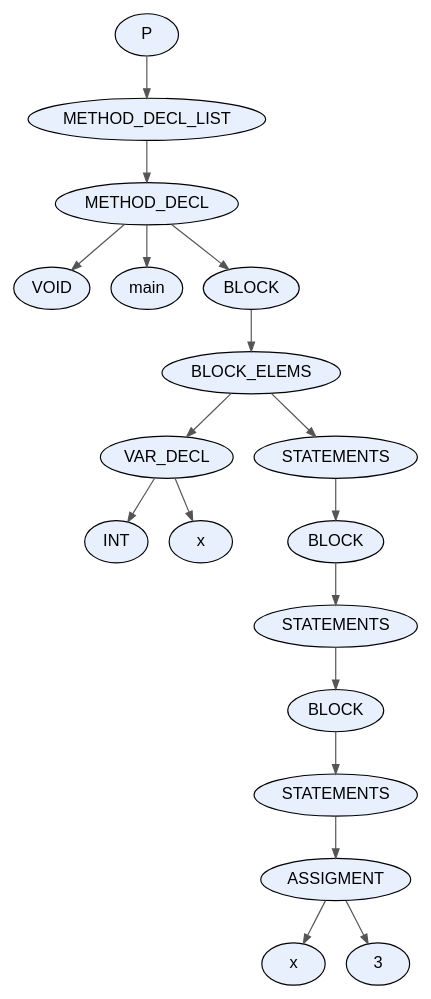
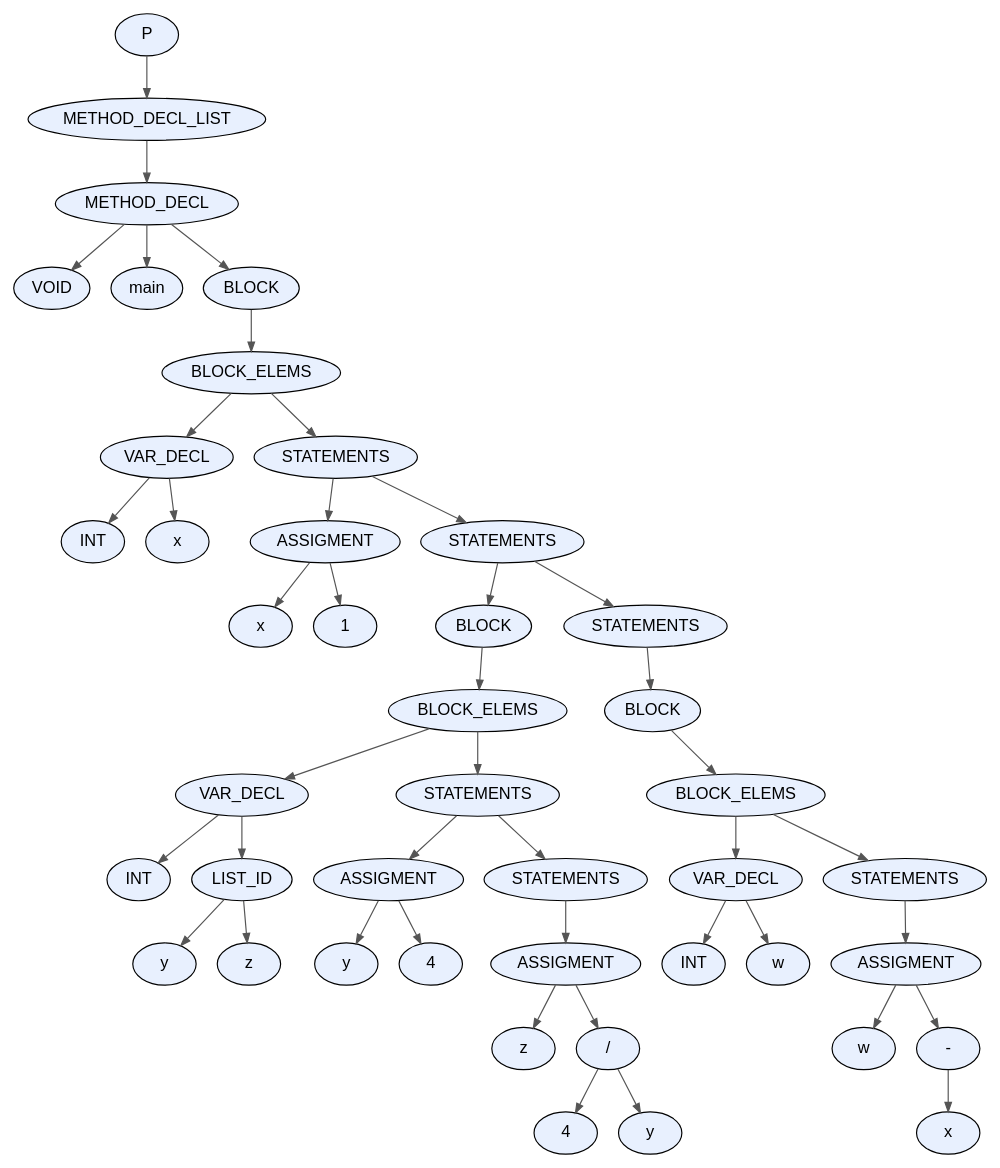
The diagram in proyecto/dot_files/test4.dot (facundo-dario-loser/TDS2026), drawn with Graphviz before and after one commit. The commit also changed 15 other files, not shown here.

```diff
--- a/proyecto/dot_files/test4.dot
+++ b/proyecto/dot_files/test4.dot
@@ -1,39 +1,89 @@
 digraph AST {
   node [fontname="Arial"];
   edge [arrowsize=0.8, color="#555555"];
-  "node_0x59f96d645020" [label="P", style=filled, fillcolor="#E8F0FE", shape=ellipse, style="rounded,filled"];
-  "node_0x59f96d645020" -> "node_0x59f96d644fd0";
-  "node_0x59f96d644fd0" [label="METHOD_DECL_LIST", style=filled, fillcolor="#E8F0FE", shape=ellipse, style="rounded,filled"];
-  "node_0x59f96d644fd0" -> "node_0x59f96d644f80";
-  "node_0x59f96d644f80" [label="METHOD_DECL", style=filled, fillcolor="#E8F0FE", shape=ellipse, style="rounded,filled"];
-  "node_0x59f96d644f80" -> "node_0x59f96d644ec0";
-  "node_0x59f96d644ec0" [label="VOID", style=filled, fillcolor="#E8F0FE", shape=ellipse, style="rounded,filled"];
-  "node_0x59f96d644f80" -> "node_0x59f96d644f10";
-  "node_0x59f96d644f10" [label="main", style=filled, fillcolor="#E8F0FE", shape=ellipse, style="rounded,filled"];
-  "node_0x59f96d644f80" -> "node_0x59f96d644e70";
-  "node_0x59f96d644e70" [label="BLOCK", style=filled, fillcolor="#E8F0FE", shape=ellipse, style="rounded,filled"];
-  "node_0x59f96d644e70" -> "node_0x59f96d644e20";
-  "node_0x59f96d644e20" [label="BLOCK_ELEMS", style=filled, fillcolor="#E8F0FE", shape=ellipse, style="rounded,filled"];
-  "node_0x59f96d644e20" -> "node_0x59f96d644630";
-  "node_0x59f96d644630" [label="VAR_DECL", style=filled, fillcolor="#E8F0FE", shape=ellipse, style="rounded,filled"];
-  "node_0x59f96d644630" -> "node_0x59f96d644550";
-  "node_0x59f96d644550" [label="INT", style=filled, fillcolor="#E8F0FE", shape=ellipse, style="rounded,filled"];
-  "node_0x59f96d644630" -> "node_0x59f96d6445c0";
-  "node_0x59f96d6445c0" [label="x", style=filled, fillcolor="#E8F0FE", shape=ellipse, style="rounded,filled"];
-  "node_0x59f96d644e20" -> "node_0x59f96d644dd0";
-  "node_0x59f96d644dd0" [label="STATEMENTS", style=filled, fillcolor="#E8F0FE", shape=ellipse, style="rounded,filled"];
-  "node_0x59f96d644dd0" -> "node_0x59f96d644d30";
-  "node_0x59f96d644d30" [label="BLOCK", style=filled, fillcolor="#E8F0FE", shape=ellipse, style="rounded,filled"];
-  "node_0x59f96d644d30" -> "node_0x59f96d644ce0";
-  "node_0x59f96d644ce0" [label="STATEMENTS", style=filled, fillcolor="#E8F0FE", shape=ellipse, style="rounded,filled"];
-  "node_0x59f96d644ce0" -> "node_0x59f96d644c40";
-  "node_0x59f96d644c40" [label="BLOCK", style=filled, fillcolor="#E8F0FE", shape=ellipse, style="rounded,filled"];
-  "node_0x59f96d644c40" -> "node_0x59f96d644bf0";
-  "node_0x59f96d644bf0" [label="STATEMENTS", style=filled, fillcolor="#E8F0FE", shape=ellipse, style="rounded,filled"];
-  "node_0x59f96d644bf0" -> "node_0x59f96d644ba0";
-  "node_0x59f96d644ba0" [label="ASSIGMENT", style=filled, fillcolor="#E8F0FE", shape=ellipse, style="rounded,filled"];
-  "node_0x59f96d644ba0" -> "node_0x59f96d644b30";
-  "node_0x59f96d644b30" [label="x", style=filled, fillcolor="#E8F0FE", shape=ellipse, style="rounded,filled"];
-  "node_0x59f96d644ba0" -> "node_0x59f96d644ae0";
-  "node_0x59f96d644ae0" [label="3", style=filled, fillcolor="#E8F0FE", shape=ellipse, style="rounded,filled"];
+  "node_0x591187d39510" [label="P", style=filled, fillcolor="#E8F0FE", shape=ellipse, style="rounded,filled"];
+  "node_0x591187d39510" -> "node_0x591187d394c0";
+  "node_0x591187d394c0" [label="METHOD_DECL_LIST", style=filled, fillcolor="#E8F0FE", shape=ellipse, style="rounded,filled"];
+  "node_0x591187d394c0" -> "node_0x591187d39470";
+  "node_0x591187d39470" [label="METHOD_DECL", style=filled, fillcolor="#E8F0FE", shape=ellipse, style="rounded,filled"];
+  "node_0x591187d39470" -> "node_0x591187d393b0";
+  "node_0x591187d393b0" [label="VOID", style=filled, fillcolor="#E8F0FE", shape=ellipse, style="rounded,filled"];
+  "node_0x591187d39470" -> "node_0x591187d39400";
+  "node_0x591187d39400" [label="main", style=filled, fillcolor="#E8F0FE", shape=ellipse, style="rounded,filled"];
+  "node_0x591187d39470" -> "node_0x591187d39360";
+  "node_0x591187d39360" [label="BLOCK", style=filled, fillcolor="#E8F0FE", shape=ellipse, style="rounded,filled"];
+  "node_0x591187d39360" -> "node_0x591187d39310";
+  "node_0x591187d39310" [label="BLOCK_ELEMS", style=filled, fillcolor="#E8F0FE", shape=ellipse, style="rounded,filled"];
+  "node_0x591187d39310" -> "node_0x591187d38630";
+  "node_0x591187d38630" [label="VAR_DECL", style=filled, fillcolor="#E8F0FE", shape=ellipse, style="rounded,filled"];
+  "node_0x591187d38630" -> "node_0x591187d38550";
+  "node_0x591187d38550" [label="INT", style=filled, fillcolor="#E8F0FE", shape=ellipse, style="rounded,filled"];
+  "node_0x591187d38630" -> "node_0x591187d385c0";
+  "node_0x591187d385c0" [label="x", style=filled, fillcolor="#E8F0FE", shape=ellipse, style="rounded,filled"];
+  "node_0x591187d39310" -> "node_0x591187d392c0";
+  "node_0x591187d392c0" [label="STATEMENTS", style=filled, fillcolor="#E8F0FE", shape=ellipse, style="rounded,filled"];
+  "node_0x591187d392c0" -> "node_0x591187d38760";
+  "node_0x591187d38760" [label="ASSIGMENT", style=filled, fillcolor="#E8F0FE", shape=ellipse, style="rounded,filled"];
+  "node_0x591187d38760" -> "node_0x591187d386f0";
+  "node_0x591187d386f0" [label="x", style=filled, fillcolor="#E8F0FE", shape=ellipse, style="rounded,filled"];
+  "node_0x591187d38760" -> "node_0x591187d386a0";
+  "node_0x591187d386a0" [label="1", style=filled, fillcolor="#E8F0FE", shape=ellipse, style="rounded,filled"];
+  "node_0x591187d392c0" -> "node_0x591187d39270";
+  "node_0x591187d39270" [label="STATEMENTS", style=filled, fillcolor="#E8F0FE", shape=ellipse, style="rounded,filled"];
+  "node_0x591187d39270" -> "node_0x591187d38df0";
+  "node_0x591187d38df0" [label="BLOCK", style=filled, fillcolor="#E8F0FE", shape=ellipse, style="rounded,filled"];
+  "node_0x591187d38df0" -> "node_0x591187d38da0";
+  "node_0x591187d38da0" [label="BLOCK_ELEMS", style=filled, fillcolor="#E8F0FE", shape=ellipse, style="rounded,filled"];
+  "node_0x591187d38da0" -> "node_0x591187d38970";
+  "node_0x591187d38970" [label="VAR_DECL", style=filled, fillcolor="#E8F0FE", shape=ellipse, style="rounded,filled"];
+  "node_0x591187d38970" -> "node_0x591187d387b0";
+  "node_0x591187d387b0" [label="INT", style=filled, fillcolor="#E8F0FE", shape=ellipse, style="rounded,filled"];
+  "node_0x591187d38970" -> "node_0x591187d38920";
+  "node_0x591187d38920" [label="LIST_ID", style=filled, fillcolor="#E8F0FE", shape=ellipse, style="rounded,filled"];
+  "node_0x591187d38920" -> "node_0x591187d388b0";
+  "node_0x591187d388b0" [label="y", style=filled, fillcolor="#E8F0FE", shape=ellipse, style="rounded,filled"];
+  "node_0x591187d38920" -> "node_0x591187d38840";
+  "node_0x591187d38840" [label="z", style=filled, fillcolor="#E8F0FE", shape=ellipse, style="rounded,filled"];
+  "node_0x591187d38da0" -> "node_0x591187d38d50";
+  "node_0x591187d38d50" [label="STATEMENTS", style=filled, fillcolor="#E8F0FE", shape=ellipse, style="rounded,filled"];
+  "node_0x591187d38d50" -> "node_0x591187d38aa0";
+  "node_0x591187d38aa0" [label="ASSIGMENT", style=filled, fillcolor="#E8F0FE", shape=ellipse, style="rounded,filled"];
+  "node_0x591187d38aa0" -> "node_0x591187d38a30";
+  "node_0x591187d38a30" [label="y", style=filled, fillcolor="#E8F0FE", shape=ellipse, style="rounded,filled"];
+  "node_0x591187d38aa0" -> "node_0x591187d389e0";
+  "node_0x591187d389e0" [label="4", style=filled, fillcolor="#E8F0FE", shape=ellipse, style="rounded,filled"];
+  "node_0x591187d38d50" -> "node_0x591187d38d00";
+  "node_0x591187d38d00" [label="STATEMENTS", style=filled, fillcolor="#E8F0FE", shape=ellipse, style="rounded,filled"];
+  "node_0x591187d38d00" -> "node_0x591187d38cb0";
+  "node_0x591187d38cb0" [label="ASSIGMENT", style=filled, fillcolor="#E8F0FE", shape=ellipse, style="rounded,filled"];
+  "node_0x591187d38cb0" -> "node_0x591187d38c40";
+  "node_0x591187d38c40" [label="z", style=filled, fillcolor="#E8F0FE", shape=ellipse, style="rounded,filled"];
+  "node_0x591187d38cb0" -> "node_0x591187d38bf0";
+  "node_0x591187d38bf0" [label="/", style=filled, fillcolor="#E8F0FE", shape=ellipse, style="rounded,filled"];
+  "node_0x591187d38bf0" -> "node_0x591187d38b10";
+  "node_0x591187d38b10" [label="4", style=filled, fillcolor="#E8F0FE", shape=ellipse, style="rounded,filled"];
+  "node_0x591187d38bf0" -> "node_0x591187d38b80";
+  "node_0x591187d38b80" [label="y", style=filled, fillcolor="#E8F0FE", shape=ellipse, style="rounded,filled"];
+  "node_0x591187d39270" -> "node_0x591187d39220";
+  "node_0x591187d39220" [label="STATEMENTS", style=filled, fillcolor="#E8F0FE", shape=ellipse, style="rounded,filled"];
+  "node_0x591187d39220" -> "node_0x591187d391d0";
+  "node_0x591187d391d0" [label="BLOCK", style=filled, fillcolor="#E8F0FE", shape=ellipse, style="rounded,filled"];
+  "node_0x591187d391d0" -> "node_0x591187d39180";
+  "node_0x591187d39180" [label="BLOCK_ELEMS", style=filled, fillcolor="#E8F0FE", shape=ellipse, style="rounded,filled"];
+  "node_0x591187d39180" -> "node_0x591187d38f20";
+  "node_0x591187d38f20" [label="VAR_DECL", style=filled, fillcolor="#E8F0FE", shape=ellipse, style="rounded,filled"];
+  "node_0x591187d38f20" -> "node_0x591187d38e40";
+  "node_0x591187d38e40" [label="INT", style=filled, fillcolor="#E8F0FE", shape=ellipse, style="rounded,filled"];
+  "node_0x591187d38f20" -> "node_0x591187d38eb0";
+  "node_0x591187d38eb0" [label="w", style=filled, fillcolor="#E8F0FE", shape=ellipse, style="rounded,filled"];
+  "node_0x591187d39180" -> "node_0x591187d39130";
+  "node_0x591187d39130" [label="STATEMENTS", style=filled, fillcolor="#E8F0FE", shape=ellipse, style="rounded,filled"];
+  "node_0x591187d39130" -> "node_0x591187d390e0";
+  "node_0x591187d390e0" [label="ASSIGMENT", style=filled, fillcolor="#E8F0FE", shape=ellipse, style="rounded,filled"];
+  "node_0x591187d390e0" -> "node_0x591187d39070";
+  "node_0x591187d39070" [label="w", style=filled, fillcolor="#E8F0FE", shape=ellipse, style="rounded,filled"];
+  "node_0x591187d390e0" -> "node_0x591187d39020";
+  "node_0x591187d39020" [label="-", style=filled, fillcolor="#E8F0FE", shape=ellipse, style="rounded,filled"];
+  "node_0x591187d39020" -> "node_0x591187d38fb0";
+  "node_0x591187d38fb0" [label="x", style=filled, fillcolor="#E8F0FE", shape=ellipse, style="rounded,filled"];
 }
```
